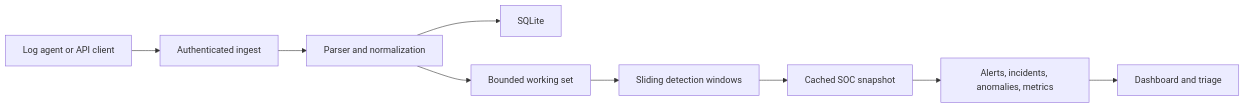
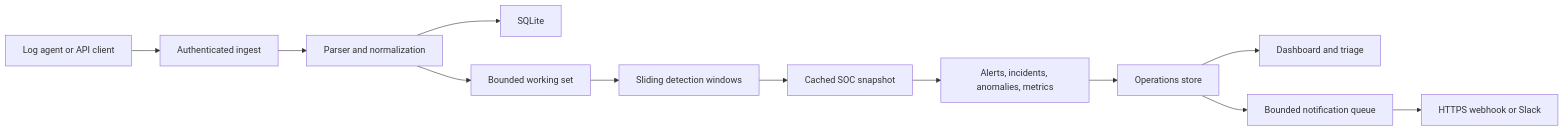
The diagram in docs/architecture.md (Adam-Ghanem/ai-siem), drawn with Mermaid before and after one commit. The commit also changed other lines of this file and 13 other files, not shown here.

````diff
--- a/docs/architecture.md
+++ b/docs/architecture.md
@@ -18,11 +19,14 @@
 ```mermaid
 flowchart LR
     A[Log agent or API client] --> B[Authenticated ingest]
     B --> C[Parser and normalization]
     C --> D[SQLite]
     C --> E[Bounded working set]
     E --> F[Sliding detection windows]
     F --> G[Cached SOC snapshot]
     G --> H[Alerts, incidents, anomalies, metrics]
-    H --> I[Dashboard and triage]
+    H --> I[Operations store]
+    I --> J[Dashboard and triage]
+    I --> K[Bounded notification queue]
+    K --> L[HTTPS webhook or Slack]
 ```
````
